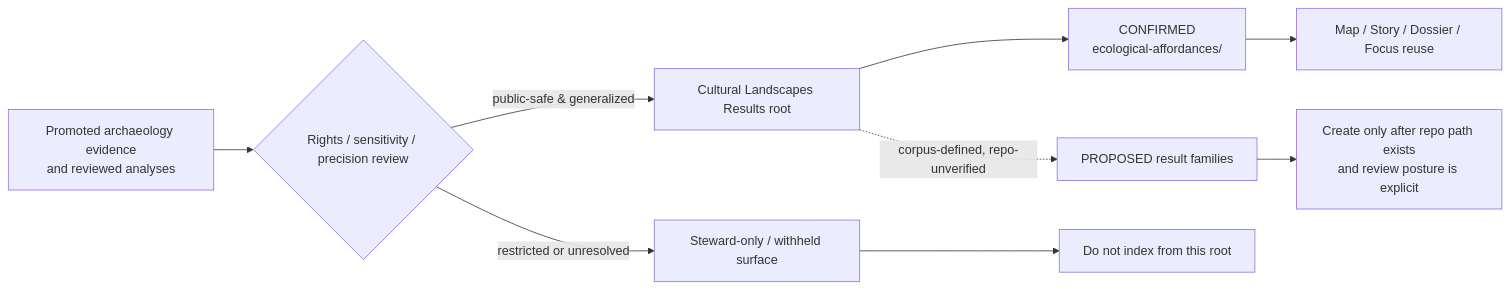
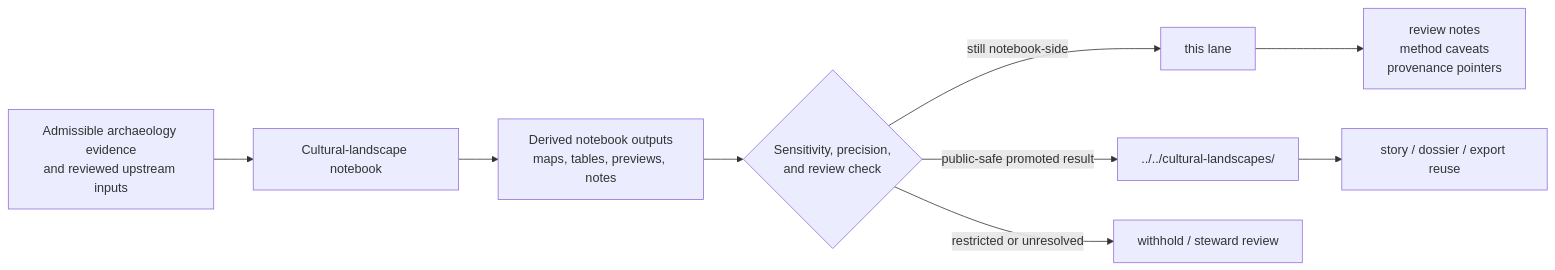
The diagram in docs/analyses/archaeology/results/notebooks/cultural-landscapes/README.md (bartytime4life/Kansas-Frontier-Matrix), drawn with Mermaid before and after one commit. The commit also changed other lines of this file, not shown here.

First line of the commit message:
Revise cultural landscapes README for clarity and accuracy

````diff
--- a/docs/analyses/archaeology/results/notebooks/cultural-landscapes/README.md
+++ b/docs/analyses/archaeology/results/notebooks/cultural-landscapes/README.md
@@ -204,11 +199,11 @@
 ```mermaid
 flowchart LR
-    A[Promoted archaeology evidence<br/>and reviewed analyses] --> B{Rights / sensitivity / precision review}
-    B -->|public-safe & generalized| C[Cultural Landscapes Results root]
-    B -->|restricted or unresolved| D[Steward-only / withheld surface]
-    C --> E[CONFIRMED<br/>ecological-affordances/]
-    C -. corpus-defined, repo-unverified .-> F[PROPOSED result families]
-    E --> G[Map / Story / Dossier / Focus reuse]
-    F --> H[Create only after repo path exists<br/>and review posture is explicit]
-    D --> I[Do not index from this root]
+    A[Admissible archaeology evidence<br/>and reviewed upstream inputs] --> B[Cultural-landscape notebook]
+    B --> C[Derived notebook outputs<br/>maps, tables, previews, notes]
+    C --> D{Sensitivity, precision,<br/>and review check}
+    D -->|still notebook-side| E[this lane]
+    D -->|public-safe promoted result| F[../../cultural-landscapes/]
+    D -->|restricted or unresolved| G[withhold / steward review]
+    E --> H[review notes<br/>method caveats<br/>provenance pointers]
+    F --> I[story / dossier / export reuse]
 ```
````
